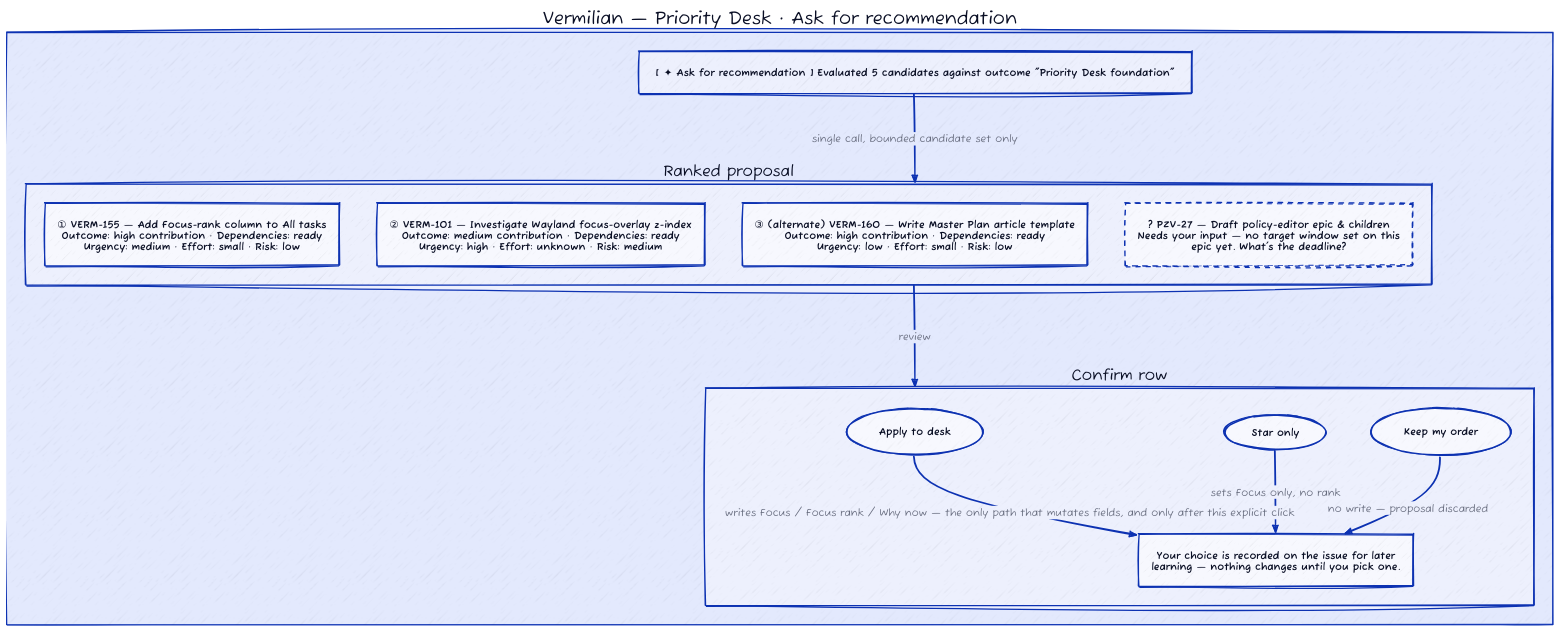
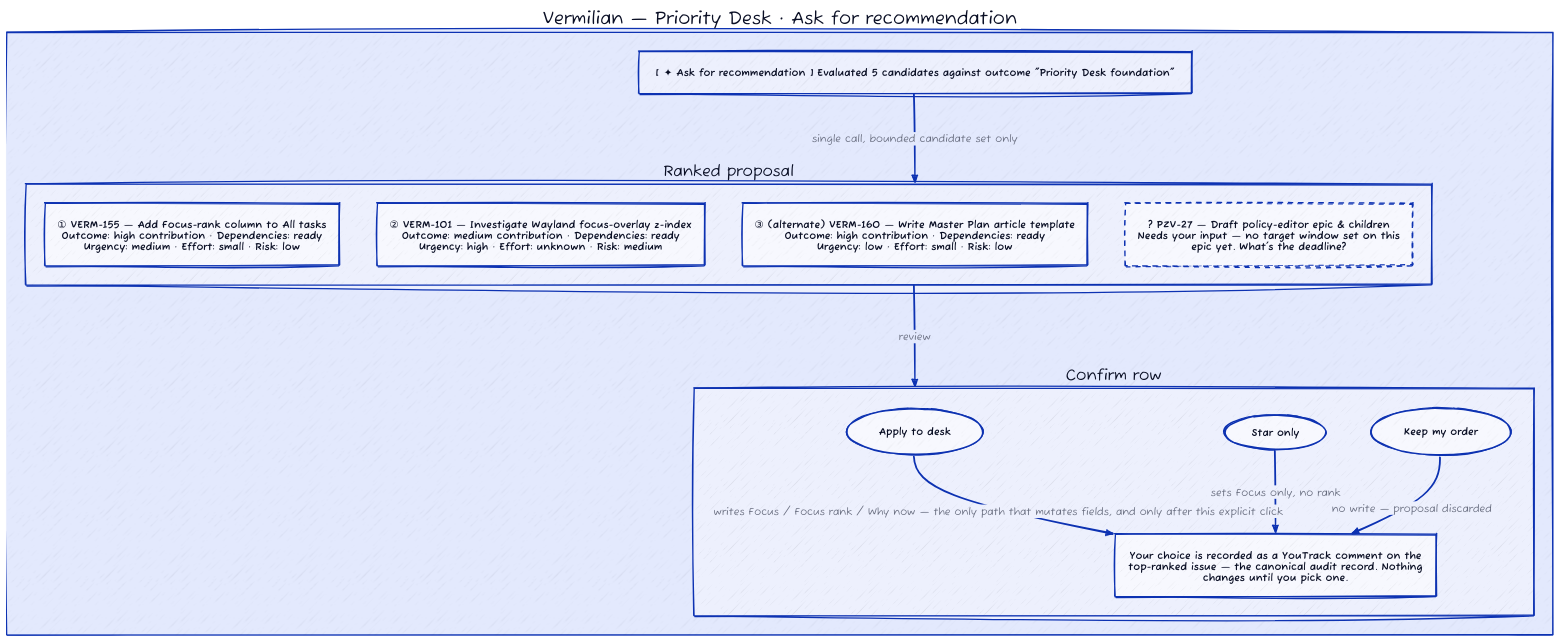
Before and after one commit to kevinpinscoe/vermilian: the diagram in docs/design/screen-priority-desk-recommendation.d2, drawn with D2. The commit also changed 5 other files, not shown here.

First line of the commit message:
docs: harden Priority Desk requirements, ADR-0007, and wireframes

```diff
--- a/docs/design/screen-priority-desk-recommendation.d2
+++ b/docs/design/screen-priority-desk-recommendation.d2
@@ -1,71 +1,75 @@
 # =============================================================================
 # UI Wireframe — Priority Desk, Ask for recommendation panel
 # Renderer:    Kroki (d2, sketch mode)  |  wiki.js with Kroki plugin
 # Reviewed:    2026-09-14
 # Spec:        docs/requirements.md (§ Priority Desk — "Ask for recommendation"), ADR-0007
 # Related:     screen-priority-desk-choose-next.d2 (the bounded candidate set this
 #              panel evaluates)
 #              flow-priority-desk.mmd (the confirm branches: Apply to desk / Star
 #              only / Keep my order)
 #              docs/design/priority-desk-mockup.html (higher-fidelity HTML reference)
 #
 # What this depicts: delivery step 4 — built only after the manual desk (steps 1–3)
 # is trusted. The adviser reasons over the same bounded candidate set shown in
 # screen-priority-desk-choose-next.d2 and returns a reviewable proposal. It never
 # writes a field, rank, status, or epic link itself; every path ends at a human
-# choice in the confirm row.
+# choice in the confirm row. Data sent to the model is scoped to the selected
+# candidates and Master Plan excerpt only (docs/requirements.md § Priority Desk,
+# "Ask for recommendation" — "Data scope"); the audit record is a YouTrack comment
+# on the top-ranked issue, not a Master Plan article write (same section, "Audit
+# record").
 # =============================================================================
 
 vars: {
   d2-config: {
     sketch: true
   }
 }
 
 direction: down
 
 window: "Vermilian — Priority Desk · Ask for recommendation" {
   shape: rectangle
 
   ask_row: "[ ✦ Ask for recommendation ]   Evaluated 5 candidates against outcome \"Priority Desk foundation\"" {
     shape: rectangle
     # Vibe: Button (primary, tinted) + helper text
   }
 
   reco_list: "Ranked proposal" {
     shape: rectangle
     direction: down
     # Vibe: Card list — read-only until a confirm action is taken
 
     reco1: "①  VERM-155 — Add Focus-rank column to All tasks\nOutcome: high contribution · Dependencies: ready\nUrgency: medium · Effort: small · Risk: low" {
       shape: rectangle
     }
     reco2: "②  VERM-101 — Investigate Wayland focus-overlay z-index\nOutcome: medium contribution · Dependencies: ready\nUrgency: high · Effort: unknown · Risk: medium" {
       shape: rectangle
     }
     reco3: "③ (alternate)  VERM-160 — Write Master Plan article template\nOutcome: high contribution · Dependencies: ready\nUrgency: low · Effort: small · Risk: low" {
       shape: rectangle
     }
     reco_needsinput: "?  PZV-27 — Draft policy-editor epic & children\nNeeds your input — no target window set on this\nepic yet. What's the deadline?" {
       shape: rectangle
       style.stroke-dash: 4
       # Vibe: Banner-tinted card — a concrete question, not a guessed rank
     }
   }
 
   confirm_row: "Confirm row" {
     shape: rectangle
     direction: right
     # Vibe: Button (primary) + Button (ghost) x2 — nothing changes until one is picked
     apply: "Apply to desk" {shape: oval}
     star_only: "Star only" {shape: oval}
     keep_order: "Keep my order" {shape: oval}
-    note: "Your choice is recorded on the issue for later\nlearning — nothing changes until you pick one." {shape: rectangle}
+    note: "Your choice is recorded as a YouTrack comment on the\ntop-ranked issue — the canonical audit record. Nothing\nchanges until you pick one." {shape: rectangle}
   }
 
   ask_row -> reco_list: "single call, bounded candidate set only"
   reco_list -> confirm_row: "review"
   confirm_row.apply -> confirm_row.note: "writes Focus / Focus rank / Why now — the only path that mutates fields, and only after this explicit click"
   confirm_row.star_only -> confirm_row.note: "sets Focus only, no rank"
   confirm_row.keep_order -> confirm_row.note: "no write — proposal discarded"
 }
```
